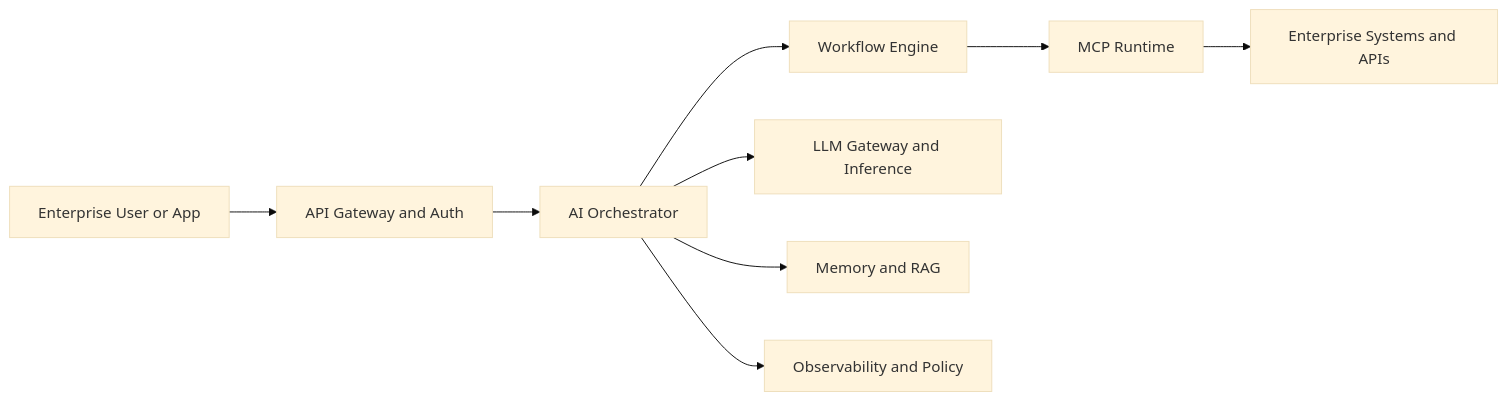
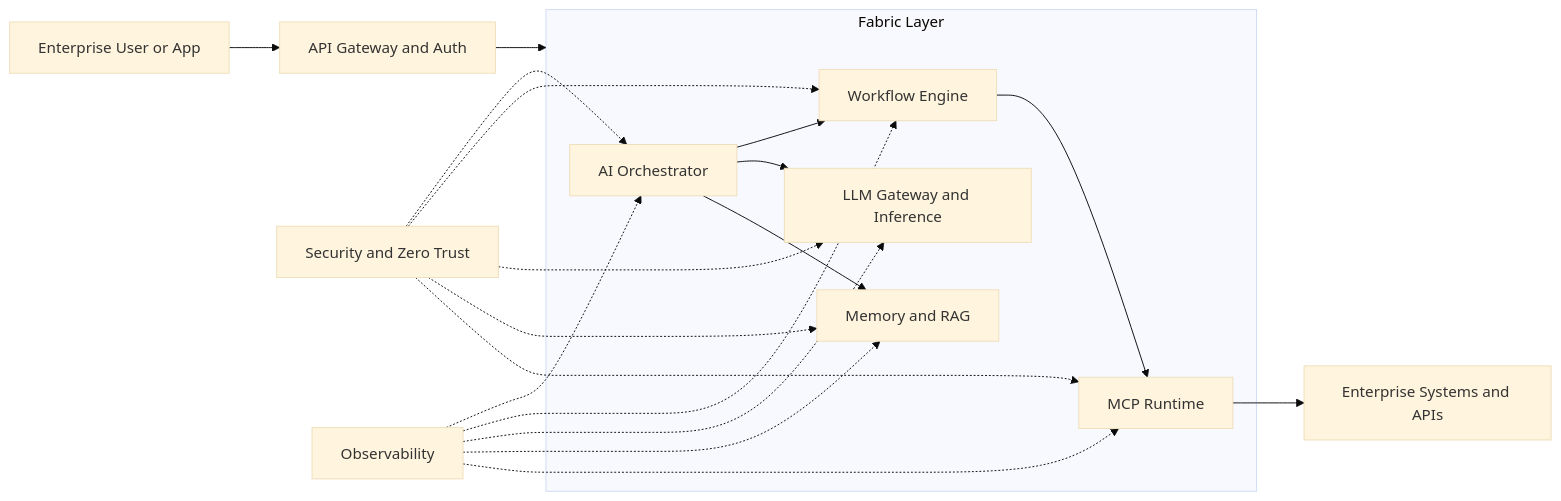
Before and after one commit to diaryfolio/aiops-fabric: the diagram in README.md, drawn with Mermaid (base theme).

Commit message:
Updated design

````diff
--- a/README.md
+++ b/README.md
@@ -11,11 +11,31 @@
 ```mermaid
 flowchart LR
 	U[Enterprise User or App] --> G[API Gateway and Auth]
-	G --> O[AI Orchestrator]
-	O --> W[Workflow Engine]
-	O --> L[LLM Gateway and Inference]
-	O --> M[Memory and RAG]
-	W --> X[MCP Runtime]
+	G --> F
+
+	subgraph F[Fabric Layer]
+		O[AI Orchestrator]
+		W[Workflow Engine]
+		L[LLM Gateway and Inference]
+		M[Memory and RAG]
+		X[MCP Runtime]
+	end
+
+	O --> W
+	O --> L
+	O --> M
+	W --> X
 	X --> E[Enterprise Systems and APIs]
-	O --> P[Observability and Policy]
+
+	SEC[Security and Zero Trust] -.-> O
+	SEC -.-> W
+	SEC -.-> L
+	SEC -.-> M
+	SEC -.-> X
+
+	OBS[Observability] -.-> O
+	OBS -.-> W
+	OBS -.-> L
+	OBS -.-> M
+	OBS -.-> X
 ```
````
